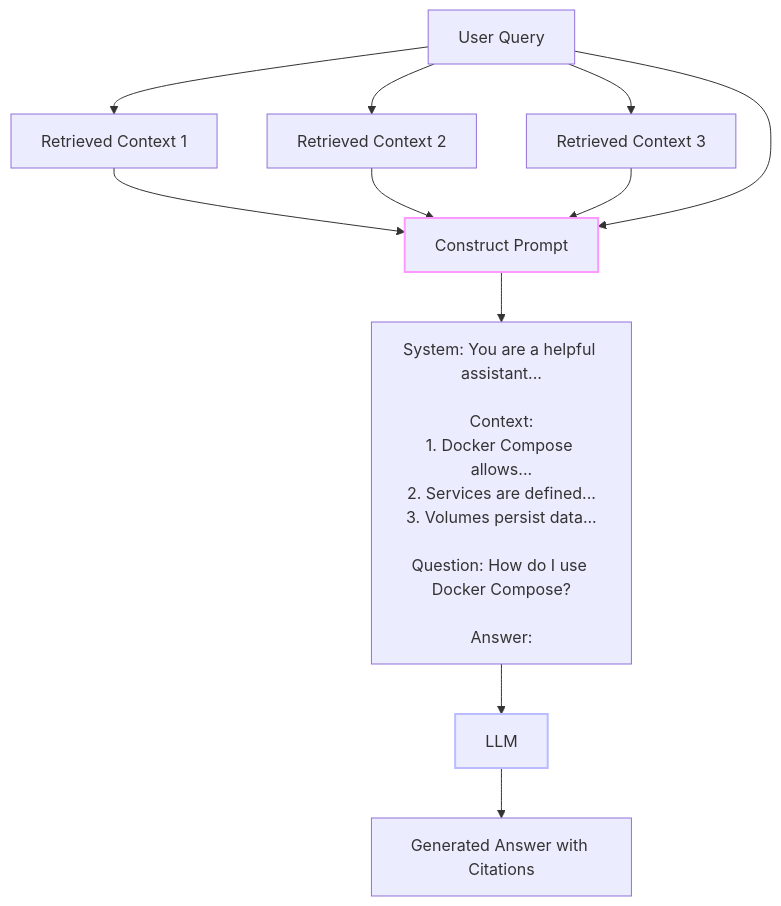
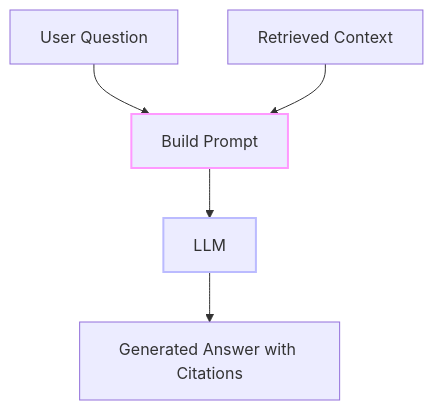
The fourth of 4 diagrams in Mostlylucid/Markdown/rag-primer.md (Shaddix/mostlylucidweb), drawn with Mermaid before and after one commit. The commit also changed other lines of this file and 2 other files, not shown here.

````diff
--- a/Mostlylucid/Markdown/rag-primer.md
+++ b/Mostlylucid/Markdown/rag-primer.md
@@ -514,19 +213,10 @@
 ```mermaid
 flowchart TB
-    A[User Query] --> B[Retrieved Context 1]
-    A --> C[Retrieved Context 2]
-    A --> D[Retrieved Context 3]
+    A[User Question] --> B[Build Prompt]
+    C[Retrieved Context] --> B
+    B --> D[LLM]
+    D --> E[Generated Answer with Citations]
 
-    B --> E[Construct Prompt]
-    C --> E
-    D --> E
-    A --> E
-
-    E --> F["System: You are a helpful assistant...\n\nContext:\n1. Docker Compose allows...\n2. Services are defined...\n3. Volumes persist data...\n\nQuestion: How do I use Docker Compose?\n\nAnswer:"]
-
-    F --> G[LLM]
-    G --> H[Generated Answer with Citations]
-
-    style E stroke:#f9f,stroke-width:2px
-    style G stroke:#bbf,stroke-width:2px
+    style B stroke:#f9f,stroke-width:2px
+    style D stroke:#bbf,stroke-width:2px
 ```
````
